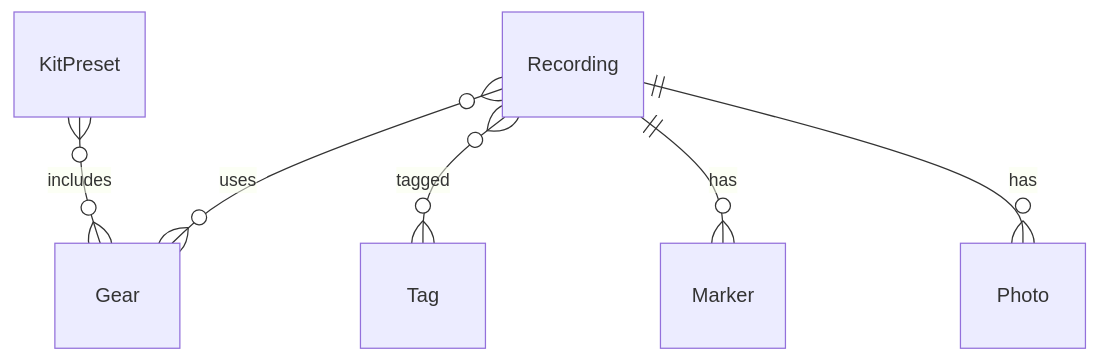
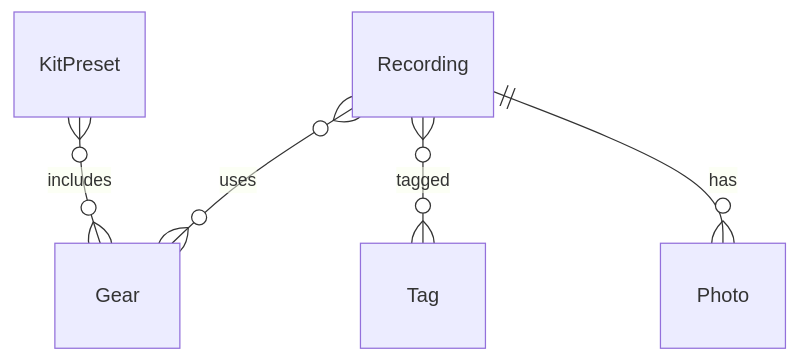
One commit to chachoblow/field-log changed the diagram in docs/design.md. Above: the diagram before and after it, drawn with Mermaid. The commit also changed other lines of this file and 13 other files, not shown here.

````diff
--- a/docs/design.md
+++ b/docs/design.md
@@ -33,8 +33,7 @@
 ```mermaid
 erDiagram
     Recording }o--o{ Gear : uses
     Recording }o--o{ Tag : tagged
-    Recording ||--o{ Marker : has
     Recording ||--o{ Photo : has
     KitPreset }o--o{ Gear : includes
 ```
````
